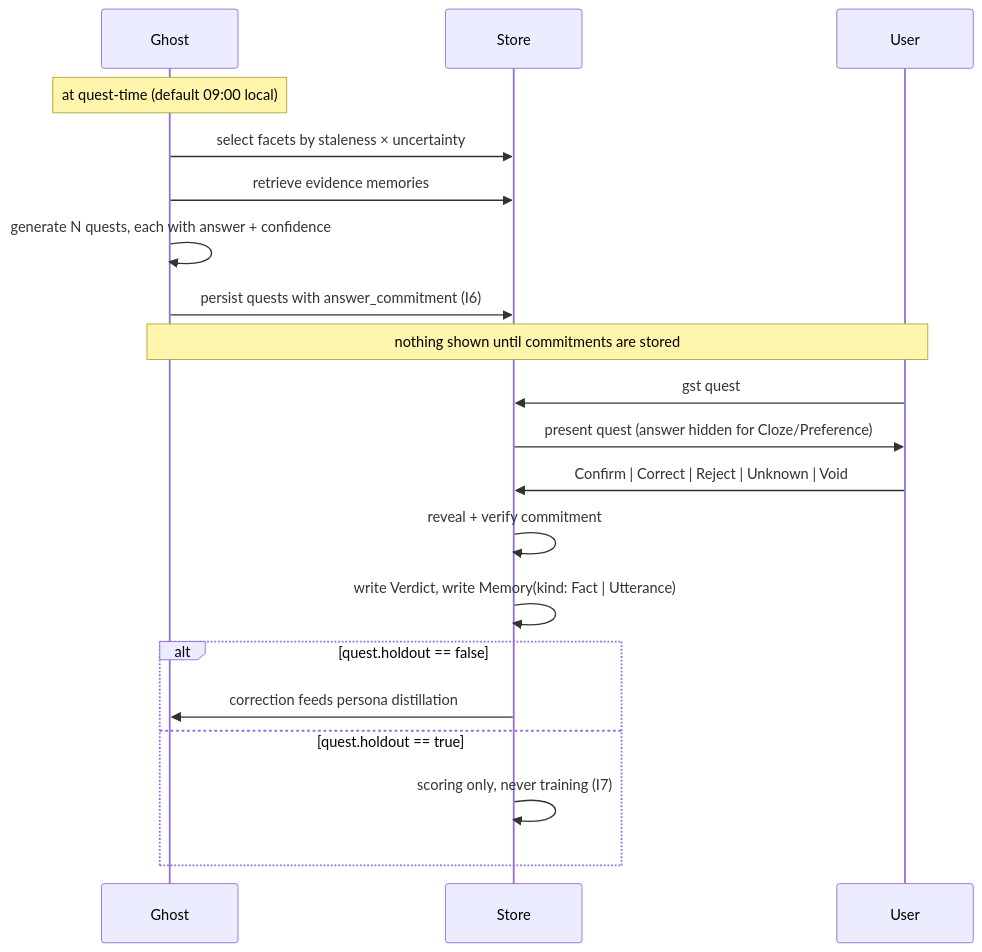
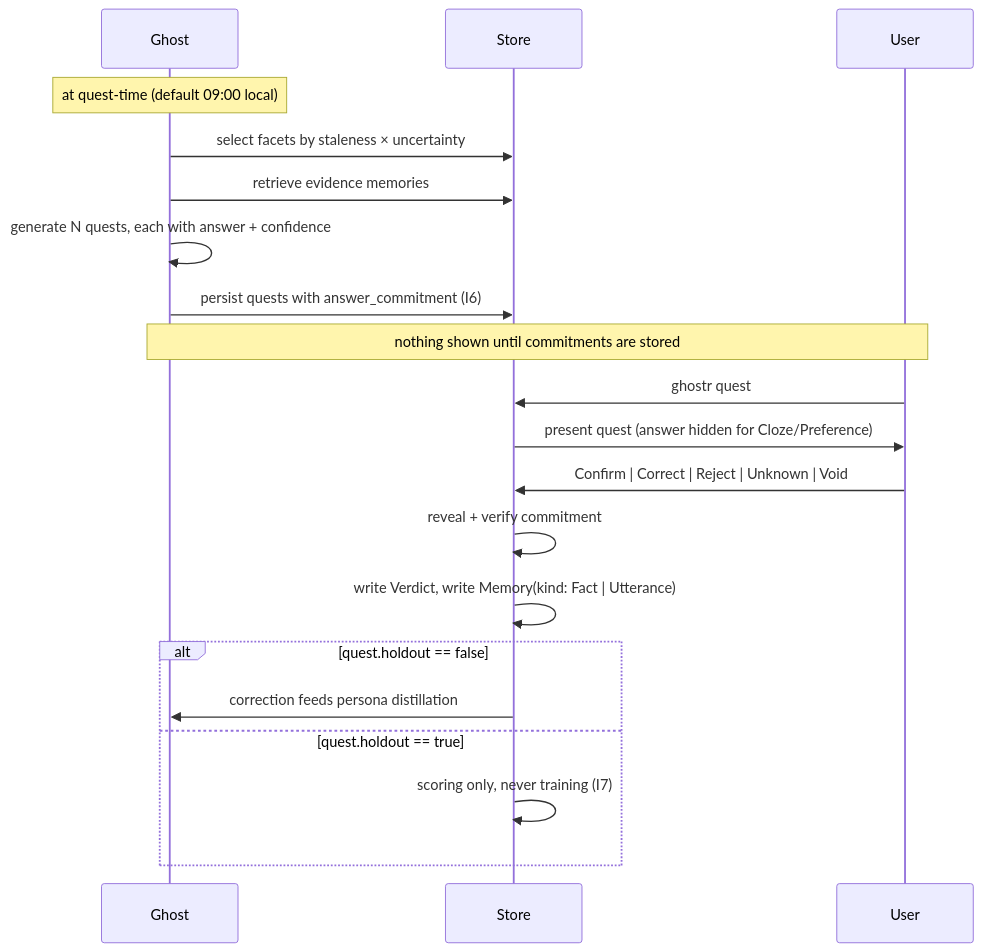
Before and after one commit to sootisooti/Ghostr: the second of 3 diagrams in docs/SPEC.md, drawn with Mermaid. The commit also changed other lines of this file and 5 other files, not shown here.

First line of the commit message:
docs: bring SPEC, ARCHITECTURE, ROADMAP, and README in line with M0

````diff
--- a/docs/SPEC.md
+++ b/docs/SPEC.md
@@ -468,25 +468,25 @@
 ```mermaid
 sequenceDiagram
   participant G as Ghost
   participant S as Store
   participant U as User
 
   Note over G: at quest-time (default 09:00 local)
   G->>S: select facets by staleness × uncertainty
   G->>S: retrieve evidence memories
   G->>G: generate N quests, each with answer + confidence
   G->>S: persist quests with answer_commitment (I6)
   Note over G,U: nothing shown until commitments are stored
 
-  U->>S: gst quest
+  U->>S: ghostr quest
   S->>U: present quest (answer hidden for Cloze/Preference)
   U->>S: Confirm | Correct | Reject | Unknown | Void
   S->>S: reveal + verify commitment
   S->>S: write Verdict, write Memory(kind: Fact | Utterance)
 
   alt quest.holdout == false
     S->>G: correction feeds persona distillation
   else quest.holdout == true
     S->>S: scoring only, never training (I7)
   end
 ```
````
